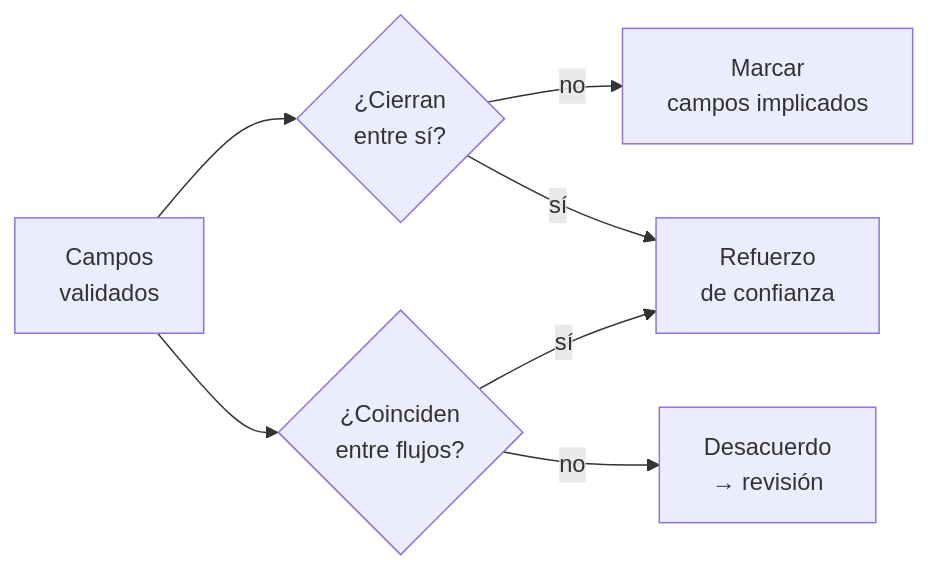
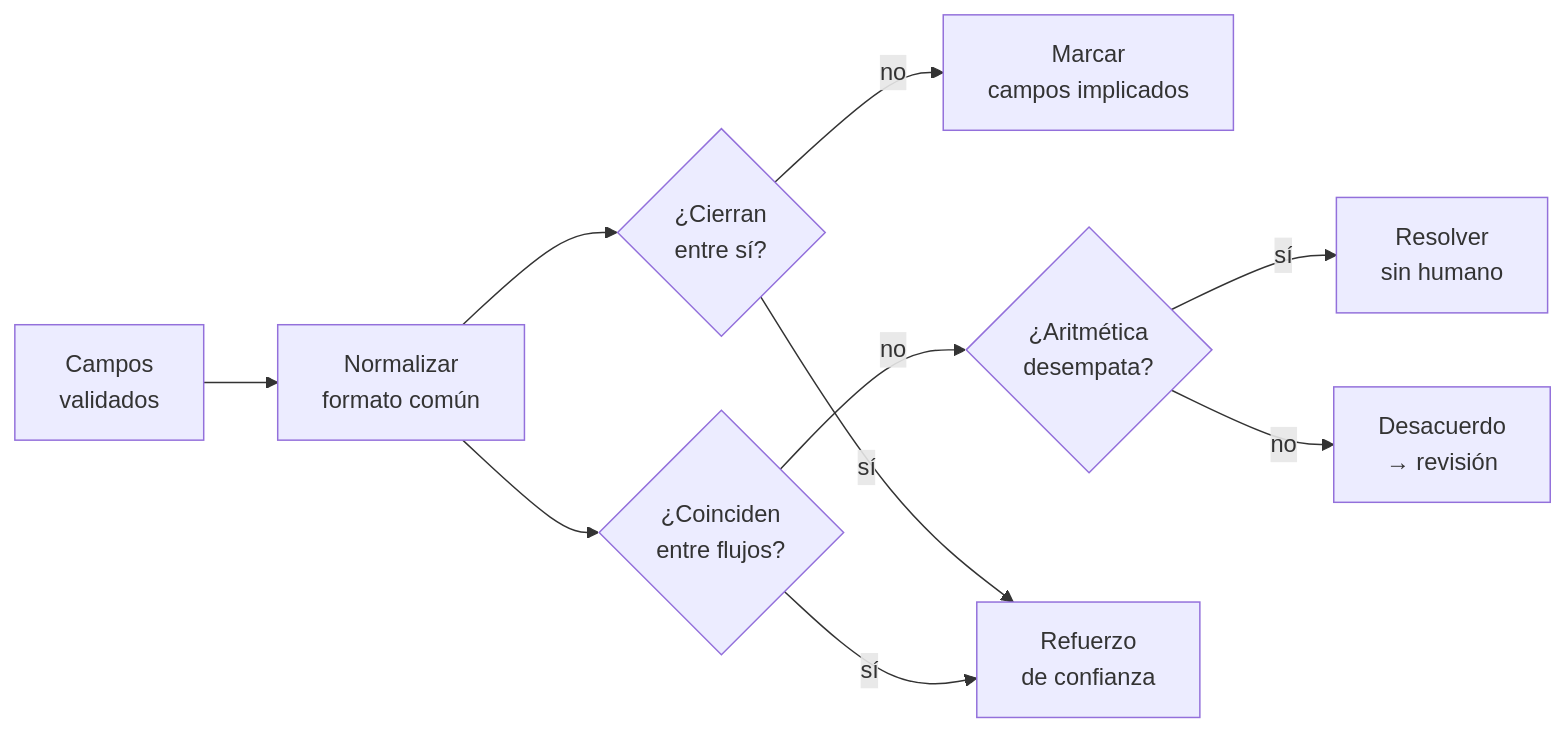
The seventh of 15 diagrams in readme-min.md (mariogarcia-ar/docflow), drawn with Mermaid before and after one commit. The commit also changed other lines of this file, not shown here.

Commit message:
Refactor README.md to clarify component interactions and processing flows, enhancing descriptions of barriers and execution order in document extraction.

````diff
--- a/readme-min.md
+++ b/readme-min.md
@@ -213,9 +239,12 @@
 ```mermaid
 graph LR
-    A["Campos<br/>validados"] --> B{"¿Cierran<br/>entre sí?"}
-    A --> C{"¿Coinciden<br/>entre flujos?"}
+    A["Campos<br/>validados"] --> N["Normalizar<br/>formato común"]
+    N --> B{"¿Cierran<br/>entre sí?"}
+    N --> C{"¿Coinciden<br/>entre flujos?"}
     B -->|"no"| D["Marcar<br/>campos implicados"]
-    C -->|"no"| E["Desacuerdo<br/>→ revisión"]
+    C -->|"no"| G{"¿Aritmética<br/>desempata?"}
+    G -->|"sí"| H["Resolver<br/>sin humano"]
+    G -->|"no"| E["Desacuerdo<br/>→ revisión"]
     B -->|"sí"| F["Refuerzo<br/>de confianza"]
     C -->|"sí"| F
 ```
````
